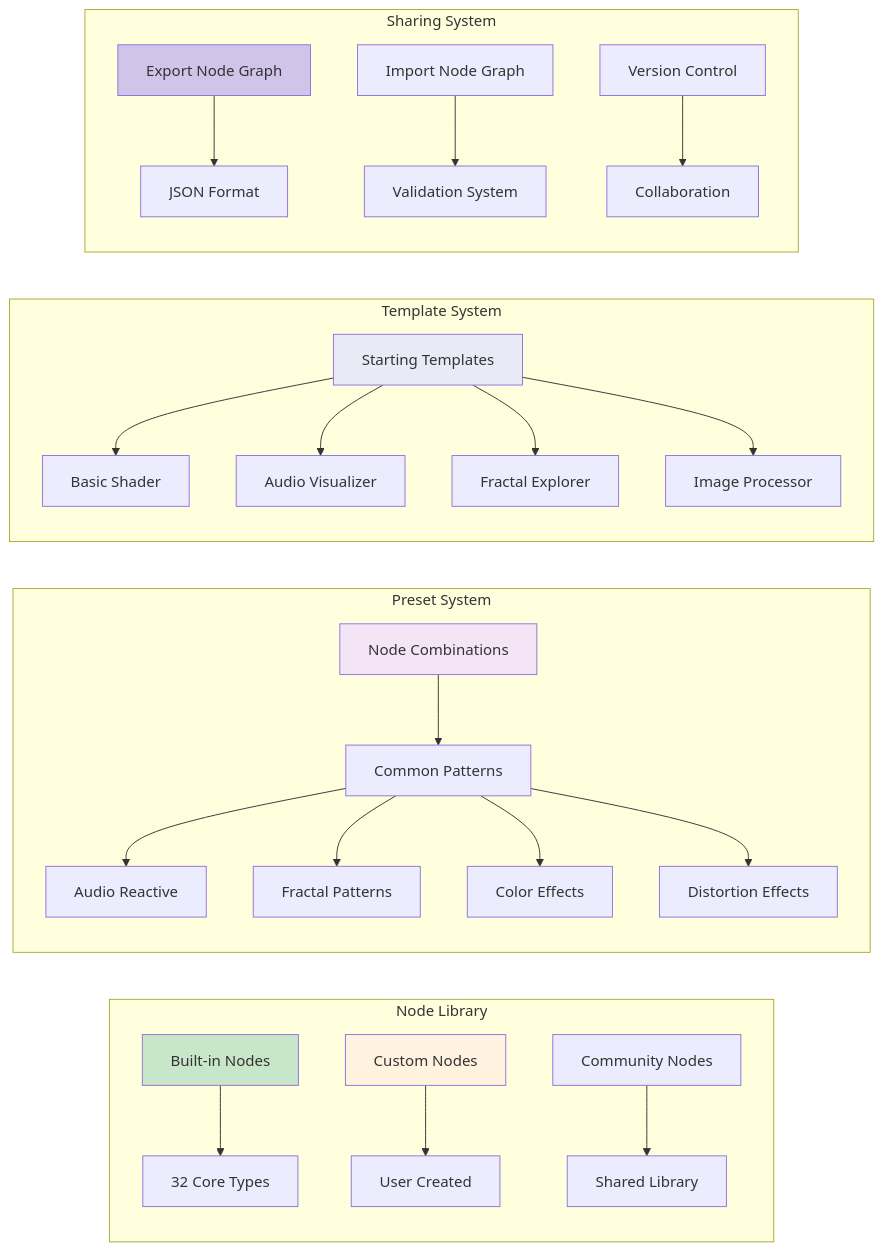
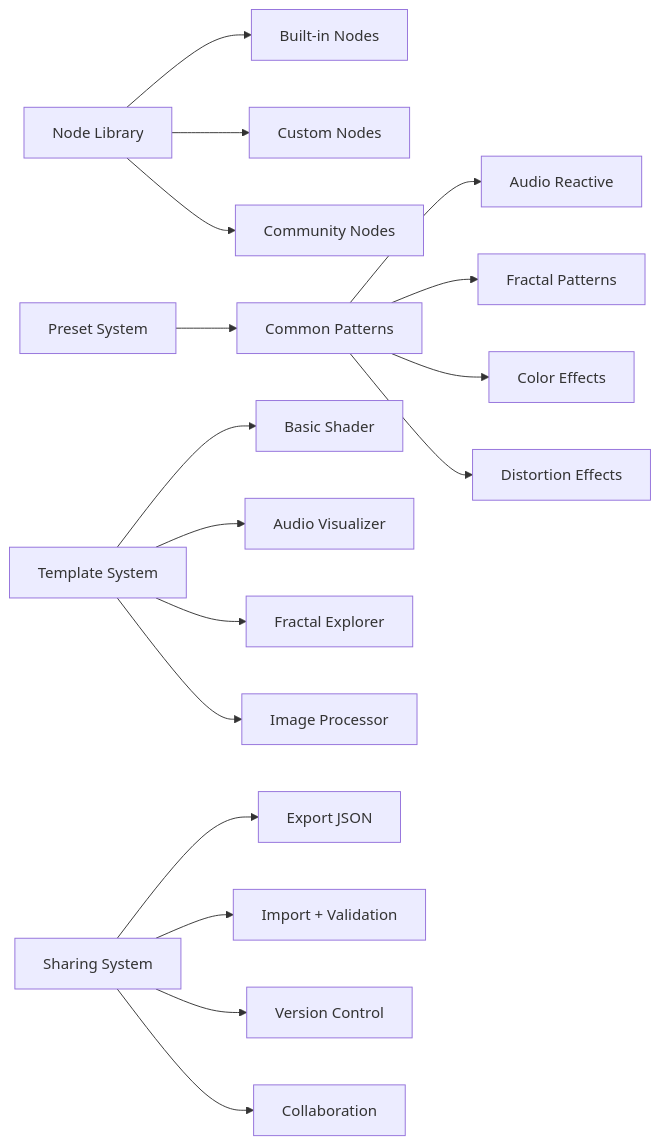
One commit to compiling-org/WGSL-Shader-Studio changed diagram 14 of 14 in docs/NODE_BASED_SYSTEM_ARCHITECTURE.md. Above: the diagram before and after it, drawn with Mermaid. The commit also changed other lines of this file and 37 other files, not shown here.

Commit message:
docs: reality-aligned content updates; diagrams unchanged; roadmap fix; systems reference wiring; PRD narrative adjusted; tech-arch reference note

````diff
--- a/docs/NODE_BASED_SYSTEM_ARCHITECTURE.md
+++ b/docs/NODE_BASED_SYSTEM_ARCHITECTURE.md
@@ -550,35 +348,19 @@
 ```mermaid
-graph LR
-    subgraph "Node Library"
-        A[Built-in Nodes] --> B[32 Core Types]
-        C[Custom Nodes] --> D[User Created]
-        E[Community Nodes] --> F[Shared Library]
-    end
-    
-    subgraph "Preset System"
-        G[Node Combinations] --> H[Common Patterns]
-        H --> I[Audio Reactive]
-        H --> J[Fractal Patterns]
-        H --> K[Color Effects]
-        H --> L[Distortion Effects]
-    end
-    
-    subgraph "Template System"
-        M[Starting Templates] --> N[Basic Shader]
-        M --> O[Audio Visualizer]
-        M --> P[Fractal Explorer]
-        M --> Q[Image Processor]
-    end
-    
-    subgraph "Sharing System"
-        R[Export Node Graph] --> S[JSON Format]
-        T[Import Node Graph] --> U[Validation System]
-        V[Version Control] --> W[Collaboration]
-    end
-    
-    style A fill:#c8e6c9
-    style C fill:#fff3e0
-    style G fill:#f3e5f5
-    style M fill:#e8eaf6
-    style R fill:#d1c4e9
+flowchart LR
+    Library[Node Library] --> BuiltIn[Built-in Nodes]
+    Library --> Custom[Custom Nodes]
+    Library --> Community[Community Nodes]
+    Presets[Preset System] --> Patterns[Common Patterns]
+    Patterns --> Audio[Audio Reactive]
+    Patterns --> Fractals[Fractal Patterns]
+    Patterns --> Color[Color Effects]
+    Patterns --> Distortion[Distortion Effects]
+    Templates[Template System] --> Basic[Basic Shader]
+    Templates --> Visualizer[Audio Visualizer]
+    Templates --> Explorer[Fractal Explorer]
+    Templates --> Processor[Image Processor]
+    Sharing[Sharing System] --> Export[Export JSON]
+    Sharing --> Import[Import + Validation]
+    Sharing --> Versioning[Version Control]
+    Sharing --> Collaboration[Collaboration]
 ```
````
